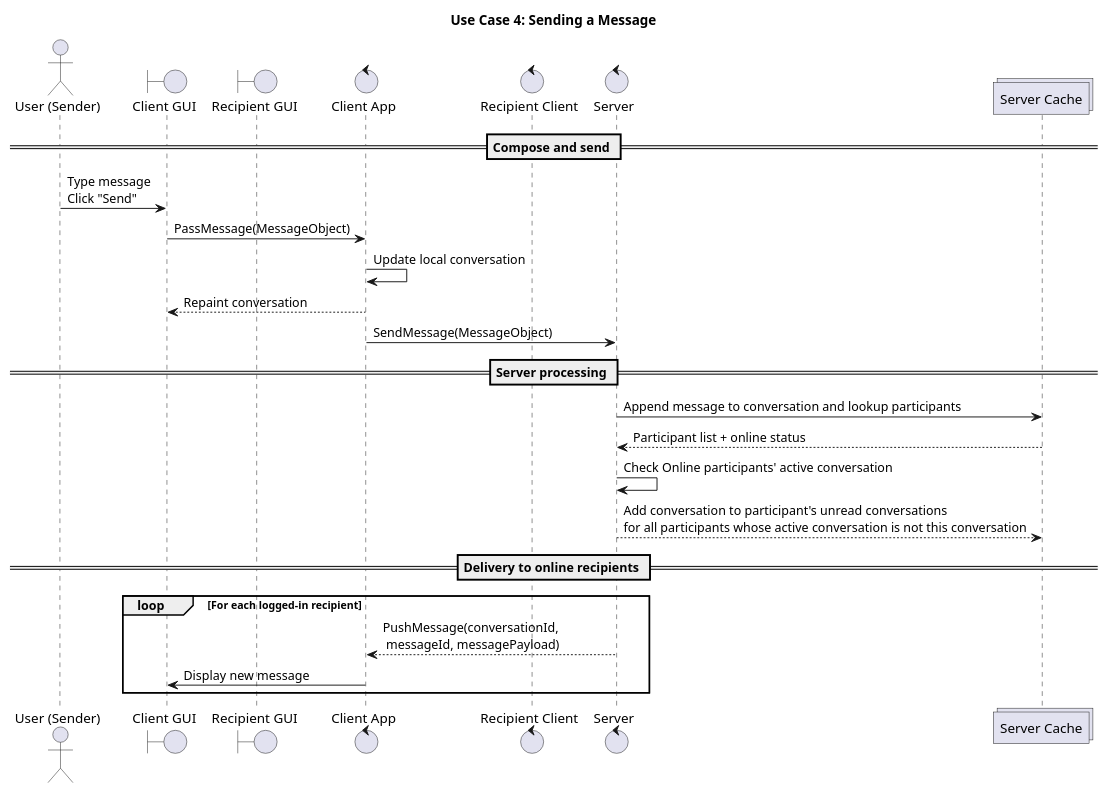
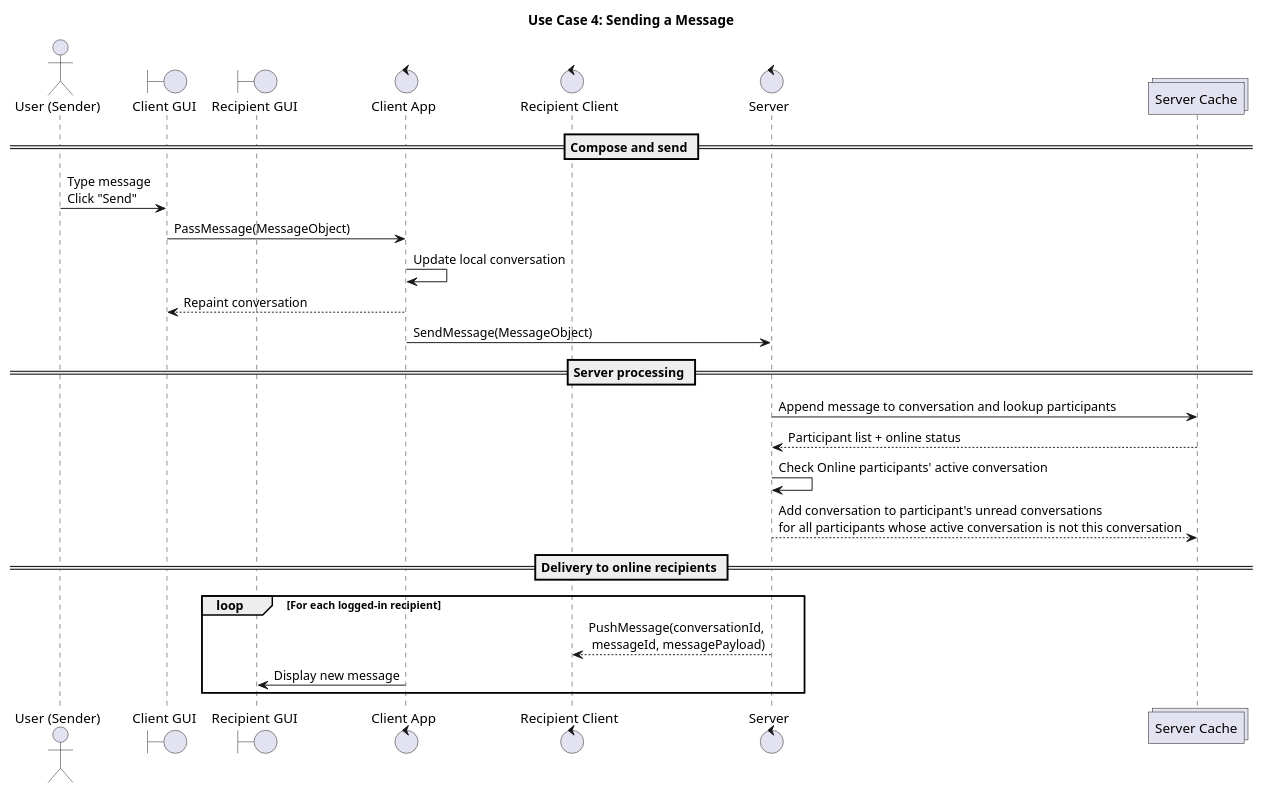
One commit to NubezVilla/CS_401_Group_1 changed the diagram in docs/diagrams/SequenceDiagrams/4-SendingAMessage.puml. Above: the diagram before and after it, drawn with PlantUML.

```diff
--- a/docs/diagrams/SequenceDiagrams/4-SendingAMessage.puml
+++ b/docs/diagrams/SequenceDiagrams/4-SendingAMessage.puml
@@ -1,29 +1,29 @@
 @startuml
 title Use Case 4: Sending a Message
 
 actor Sender as "User (Sender)"
 boundary GUI as "Client GUI"
 boundary cGUI as "Recipient GUI"
 control Client as "Client App"
 control Recipient as "Recipient Client"
 control Server as "Server"
 collections Cache as "Server Cache"
 
 == Compose and send ==
 Sender -> GUI: Type message\nClick "Send"
 GUI -> Client: PassMessage(MessageObject)
 Client -> Client: Update local conversation
 Client --> GUI: Repaint conversation
 Client -> Server: SendMessage(MessageObject)
 
 == Server processing ==
 Server -> Cache: Append message to conversation and lookup participants 
 Cache --> Server: Participant list + online status
 Server -> Server: Check Online participants' active conversation 
 Server --> Cache: Add conversation to participant's unread conversations\nfor all participants whose active conversation is not this conversation
 == Delivery to online recipients ==
 loop For each logged-in recipient
-  Server --> Client: PushMessage(conversationId,\n messageId, messagePayload)
-  Client -> GUI: Display new message
+  Server --> Recipient: PushMessage(conversationId,\n messageId, messagePayload)
+  Client -> cGUI: Display new message
 end
 @enduml
```
